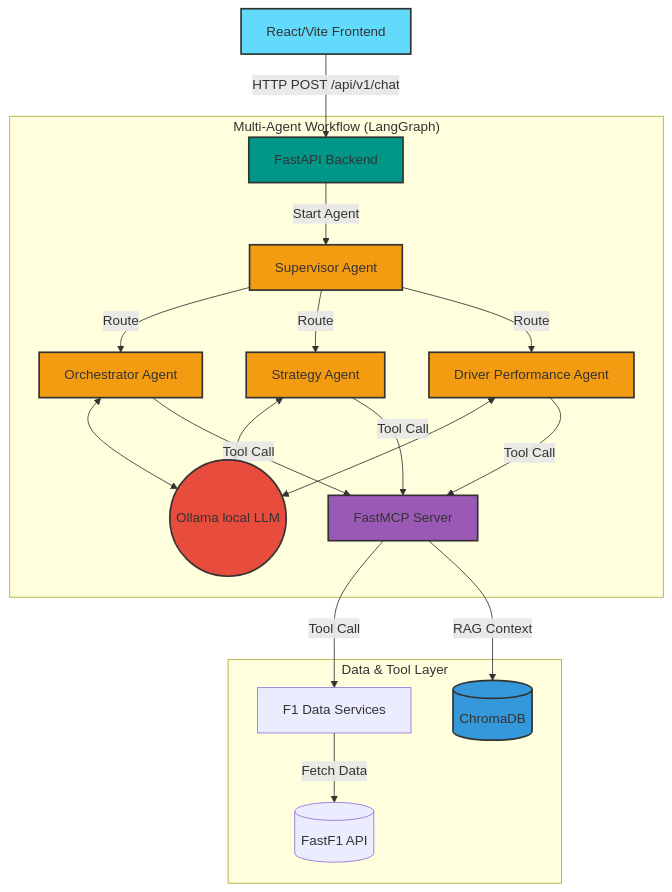
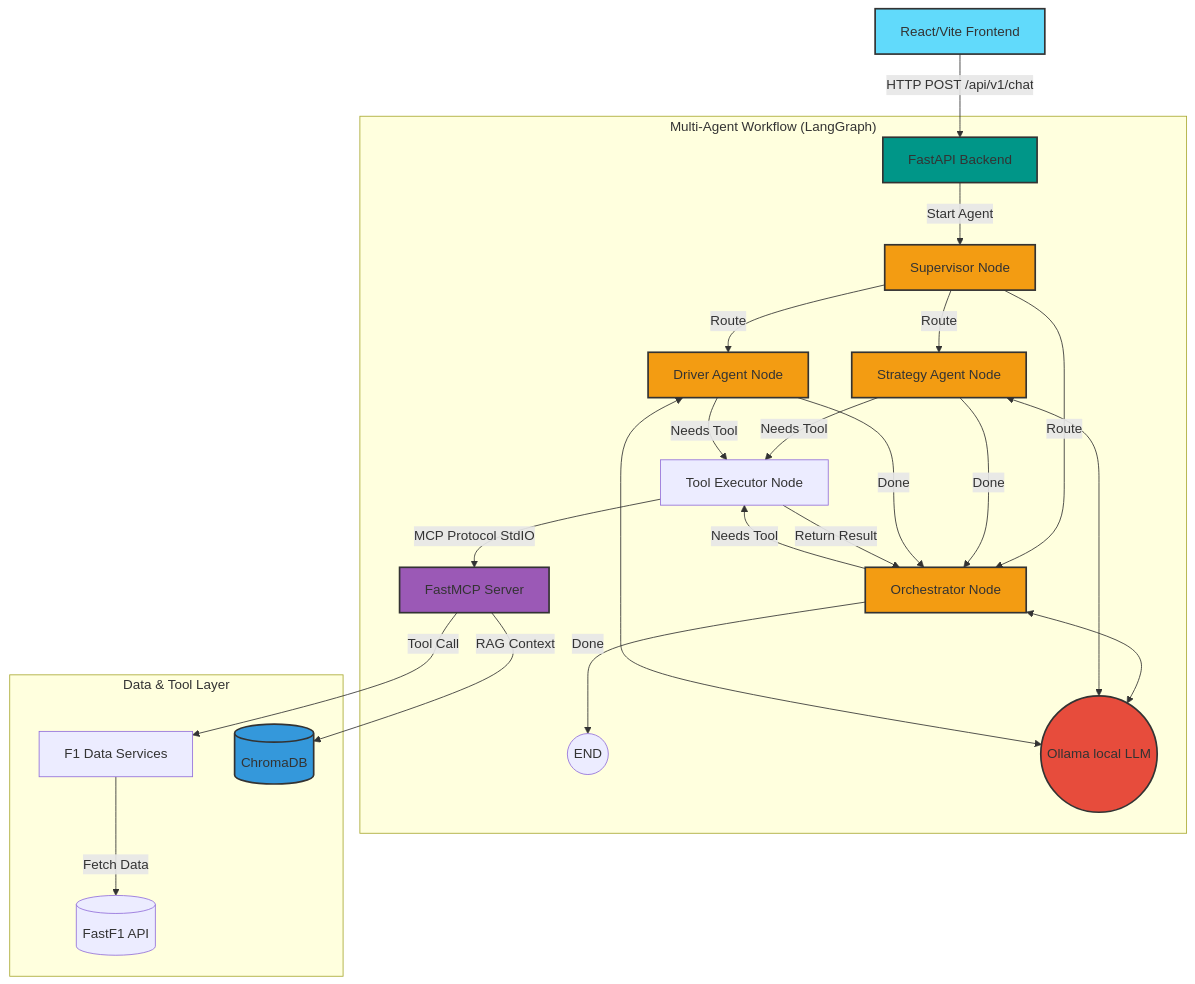
One commit to aadhgoa/f1-ai-analyst changed the diagram in README.md. Above: the diagram before and after it, drawn with Mermaid. The commit also changed 1 other file, not shown here.

Commit message:
docs: update architecture diagrams to reflect new LangGraph tool executor node logic

````diff
--- a/README.md
+++ b/README.md
@@ -9,39 +9,48 @@
 ```mermaid
 graph TD
     Client[React/Vite Frontend] -->|HTTP POST /api/v1/chat| FastAPI[FastAPI Backend]
     
     subgraph "Multi-Agent Workflow (LangGraph)"
-        FastAPI -->|Start Agent| Supervisor[Supervisor Agent]
-        Supervisor -->|Route| Orchestrator[Orchestrator Agent]
-        Supervisor -->|Route| Strategy[Strategy Agent]
-        Supervisor -->|Route| Driver[Driver Performance Agent]
+        FastAPI -->|Start Agent| Supervisor[Supervisor Node]
+        
+        Supervisor -->|Route| Strategy[Strategy Agent Node]
+        Supervisor -->|Route| Driver[Driver Agent Node]
+        Supervisor -->|Route| Orchestrator[Orchestrator Node]
+        
+        Strategy -->|Needs Tool| ToolExecutor[Tool Executor Node]
+        Driver -->|Needs Tool| ToolExecutor
+        Orchestrator -->|Needs Tool| ToolExecutor
+        
+        Strategy -->|Done| Orchestrator
+        Driver -->|Done| Orchestrator
+        
+        ToolExecutor -->|Return Result| Orchestrator
+        Orchestrator -->|Done| END((END))
         
         Orchestrator <--> Ollama((Ollama local LLM))
         Strategy <--> Ollama
         Driver <--> Ollama
         
-        Strategy -->|Tool Call| MCPServer[FastMCP Server]
-        Driver -->|Tool Call| MCPServer
-        Orchestrator -->|Tool Call| MCPServer
+        ToolExecutor -->|MCP Protocol StdIO| MCPServer[FastMCP Server]
     end
     
     subgraph "Data & Tool Layer"
         MCPServer -->|Tool Call| DataLayer[F1 Data Services]
         DataLayer -->|Fetch Data| FastF1[(FastF1 API)]
         MCPServer -->|RAG Context| VectorDB[(ChromaDB)]
     end
 
     classDef react fill:#61dafb,stroke:#333,stroke-width:2px;
     classDef fastapi fill:#009688,stroke:#333,stroke-width:2px;
     classDef agent fill:#f39c12,stroke:#333,stroke-width:2px;
     classDef mcp fill:#9b59b6,stroke:#333,stroke-width:2px;
     classDef llm fill:#e74c3c,stroke:#333,stroke-width:2px;
     classDef db fill:#3498db,stroke:#333,stroke-width:2px;
     
     class Client react;
     class FastAPI fastapi;
     class Supervisor,Orchestrator,Strategy,Driver agent;
     class MCPServer mcp;
     class Ollama llm;
     class VectorDB db;
 ```
````
